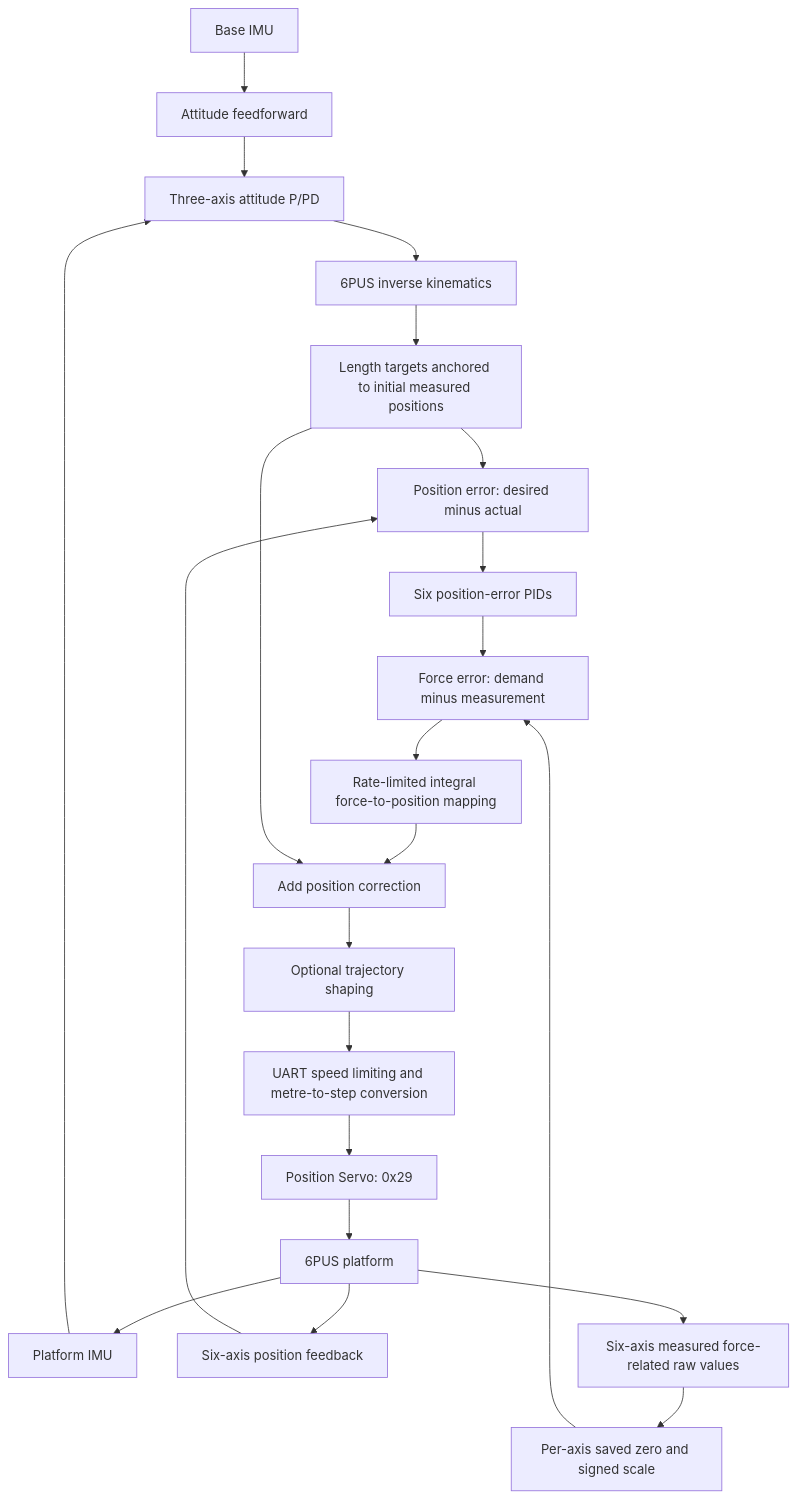
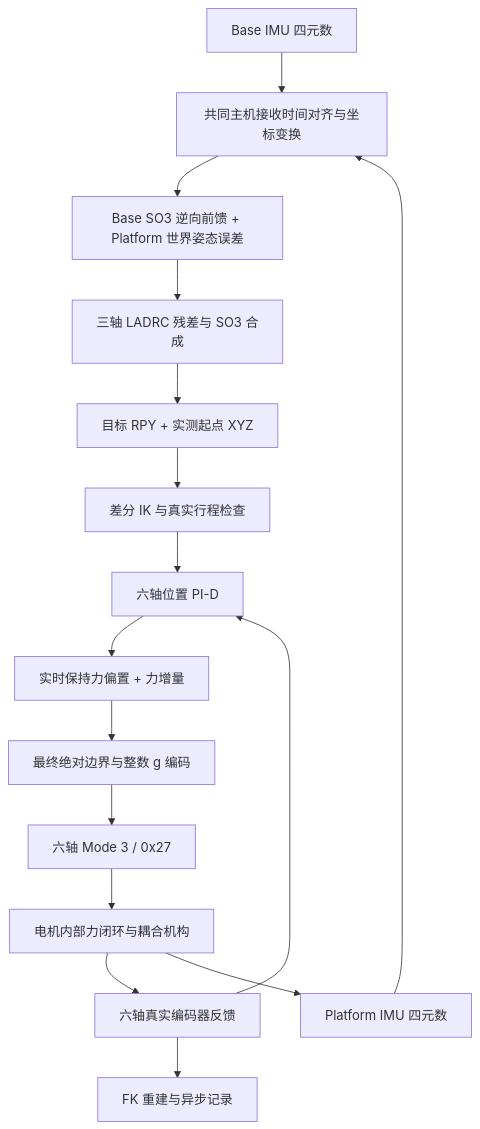
Before and after one commit to LiorenYuhang/6pus-bone-drill-force-control: the diagram in README.md, drawn with Mermaid. The commit also changed other lines of this file and 126 other files, not shown here.

````diff
--- a/README.md
+++ b/README.md
@@ -13,24 +26,18 @@
 ```mermaid
 flowchart TD
-    Base[Base IMU] --> FF[Attitude feedforward]
-    Platform[Platform IMU] --> Att[Three-axis attitude P/PD]
-    FF --> Att
-    Att --> IK[6PUS inverse kinematics]
-    IK --> Ref[Length targets anchored to initial measured positions]
-    Ref --> Eq[Position error: desired minus actual]
-    Position[Six-axis position feedback] --> Eq
-    Eq --> PID[Six position-error PIDs]
-    PID --> Ef[Force error: demand minus measurement]
-    Raw[Six-axis measured force-related raw values] --> Zero[Per-axis saved zero and signed scale]
-    Zero --> Ef
-    Ef --> Map[Rate-limited integral force-to-position mapping]
-    Map --> Add[Add position correction]
-    Ref --> Add
-    Add --> Shape[Optional trajectory shaping]
-    Shape --> UART[UART speed limiting and metre-to-step conversion]
-    UART --> Servo[Position Servo: 0x29]
-    Servo --> Robot[6PUS platform]
-    Robot --> Platform
-    Robot --> Position
-    Robot --> Raw
+    B[Base IMU 四元数] --> S[共同主机接收时间对齐与坐标变换]
+    P[Platform IMU 四元数] --> S
+    S --> A[Base SO3 逆向前馈 + Platform 世界姿态误差]
+    A --> L[三轴 LADRC 残差与 SO3 合成]
+    L --> T[目标 RPY + 实测起点 XYZ]
+    T --> K[差分 IK 与真实行程检查]
+    K --> J[六轴位置 PI-D]
+    Q[六轴真实编码器反馈] --> J
+    J --> F[实时保持力偏置 + 力增量]
+    F --> G[最终绝对边界与整数 g 编码]
+    G --> M[六轴 Mode 3 / 0x27]
+    M --> I[电机内部力闭环与耦合机构]
+    I --> Q
+    I --> P
+    Q --> FK[FK 重建与异步记录]
 ```
````
